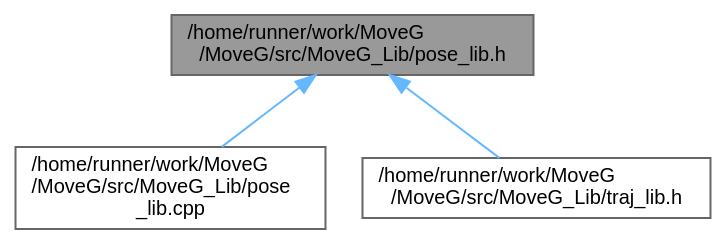
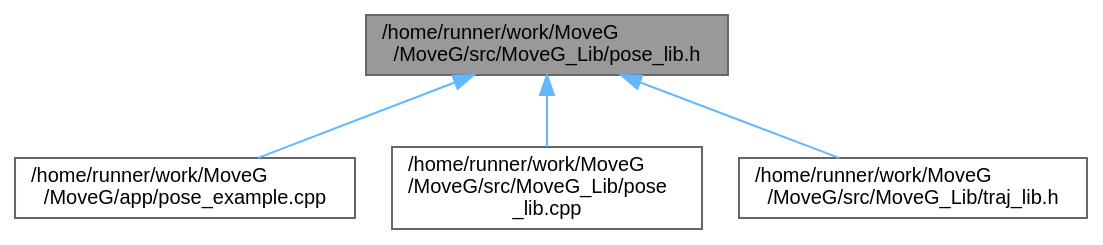
The diagram in pose__lib_8h__dep__incl.dot (GiorgioMedico/MoveG), drawn with Graphviz before and after one commit. The commit also changed 235 other files, not shown here.

```diff
--- a/pose__lib_8h__dep__incl.dot
+++ b/pose__lib_8h__dep__incl.dot
@@ -1,12 +1,15 @@
 digraph "/home/runner/work/MoveG/MoveG/src/MoveG_Lib/pose_lib.h"
 {
+ // INTERACTIVE_SVG=YES
  // LATEX_PDF_SIZE
   bgcolor="transparent";
   edge [fontname=Helvetica,fontsize=10,labelfontname=Helvetica,labelfontsize=10];
   node [fontname=Helvetica,fontsize=10,shape=box,height=0.2,width=0.4];
   Node1 [id="Node000001",label="/home/runner/work/MoveG\l/MoveG/src/MoveG_Lib/pose_lib.h",height=0.2,width=0.4,color="gray40", fillcolor="grey60", style="filled", fontcolor="black",tooltip="Class for representing Poses."];
   Node1 -> Node2 [id="edge1_Node000001_Node000002",dir="back",color="steelblue1",style="solid",tooltip=" "];
-  Node2 [id="Node000002",label="/home/runner/work/MoveG\l/MoveG/src/MoveG_Lib/pose\l_lib.cpp",height=0.2,width=0.4,color="grey40", fillcolor="white", style="filled",URL="$pose__lib_8cpp.html",tooltip="Class for representing Poses."];
+  Node2 [id="Node000002",label="/home/runner/work/MoveG\l/MoveG/app/pose_example.cpp",height=0.2,width=0.4,color="grey40", fillcolor="white", style="filled",URL="$pose__example_8cpp.html",tooltip="Example demonstrating usage of the MoveG Pose library."];
   Node1 -> Node3 [id="edge2_Node000001_Node000003",dir="back",color="steelblue1",style="solid",tooltip=" "];
-  Node3 [id="Node000003",label="/home/runner/work/MoveG\l/MoveG/src/MoveG_Lib/traj_lib.h",height=0.2,width=0.4,color="grey40", fillcolor="white", style="filled",URL="$traj__lib_8h.html",tooltip="Classe per la rappresentazione di Traiettorie."];
+  Node3 [id="Node000003",label="/home/runner/work/MoveG\l/MoveG/src/MoveG_Lib/pose\l_lib.cpp",height=0.2,width=0.4,color="grey40", fillcolor="white", style="filled",URL="$pose__lib_8cpp.html",tooltip="Class for representing Poses."];
+  Node1 -> Node4 [id="edge3_Node000001_Node000004",dir="back",color="steelblue1",style="solid",tooltip=" "];
+  Node4 [id="Node000004",label="/home/runner/work/MoveG\l/MoveG/src/MoveG_Lib/traj_lib.h",height=0.2,width=0.4,color="grey40", fillcolor="white", style="filled",URL="$traj__lib_8h.html",tooltip="Classe per la rappresentazione di Traiettorie."];
 }
```
